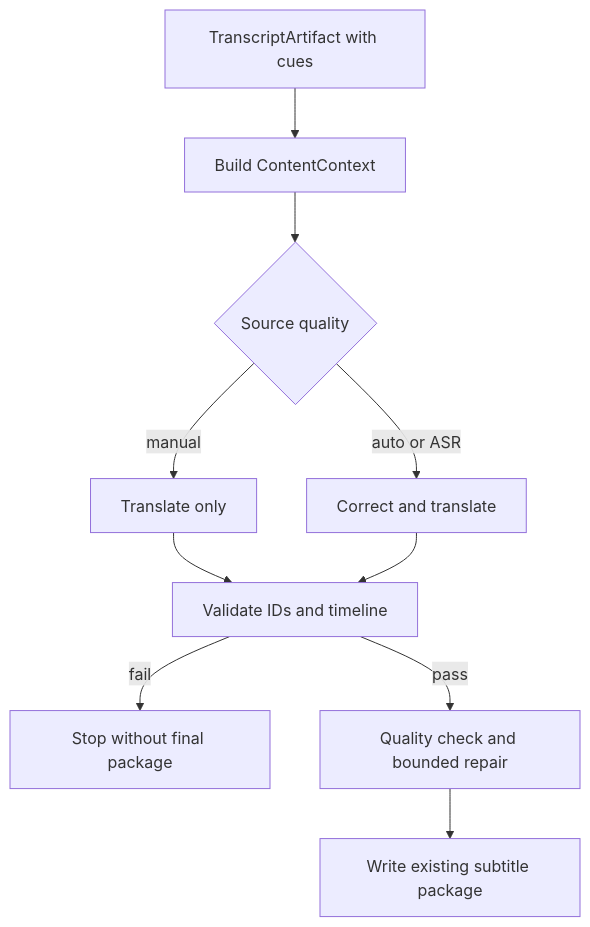
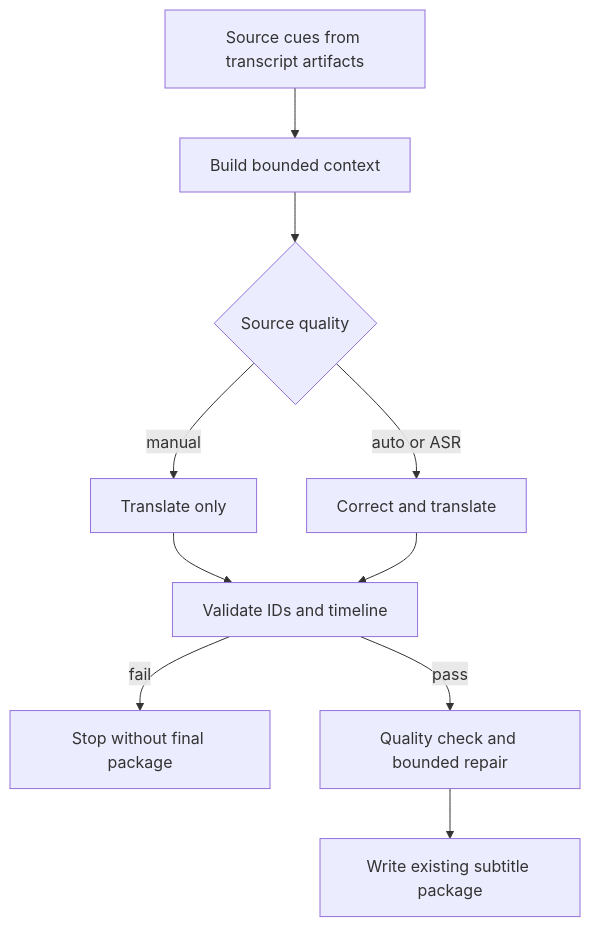
The sixth of 9 diagrams in docs/typed-pipeline-architecture.md (apue/yt2notion), drawn with Mermaid before and after one commit. The commit also changed other lines of this file and 82 other files, not shown here.

First line of the commit message:
Refactor product flows onto typed pipelines (#34)

````diff
--- a/docs/typed-pipeline-architecture.md
+++ b/docs/typed-pipeline-architecture.md
@@ -233,12 +229,12 @@
 ```mermaid
 flowchart TD
-    T[TranscriptArtifact with cues] --> CONTEXT[Build ContentContext]
+    T[Source cues from transcript artifacts] --> CONTEXT[Build bounded context]
     CONTEXT --> SOURCE{Source quality}
     SOURCE -->|manual| TRANSLATE[Translate only]
     SOURCE -->|auto or ASR| CORRECT[Correct and translate]
     TRANSLATE --> VALIDATE[Validate IDs and timeline]
     CORRECT --> VALIDATE
     VALIDATE -->|fail| STOP[Stop without final package]
     VALIDATE -->|pass| QUALITY[Quality check and bounded repair]
     QUALITY --> WRITE[Write existing subtitle package]
 ```
````
